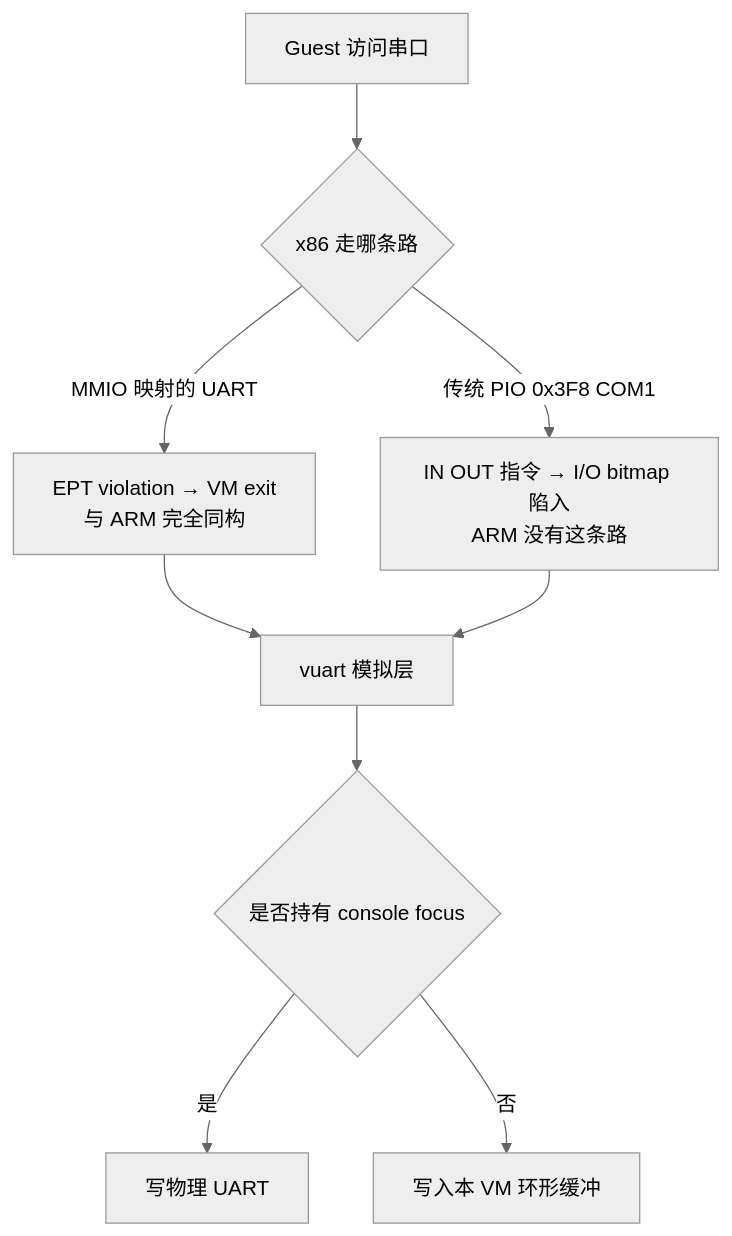
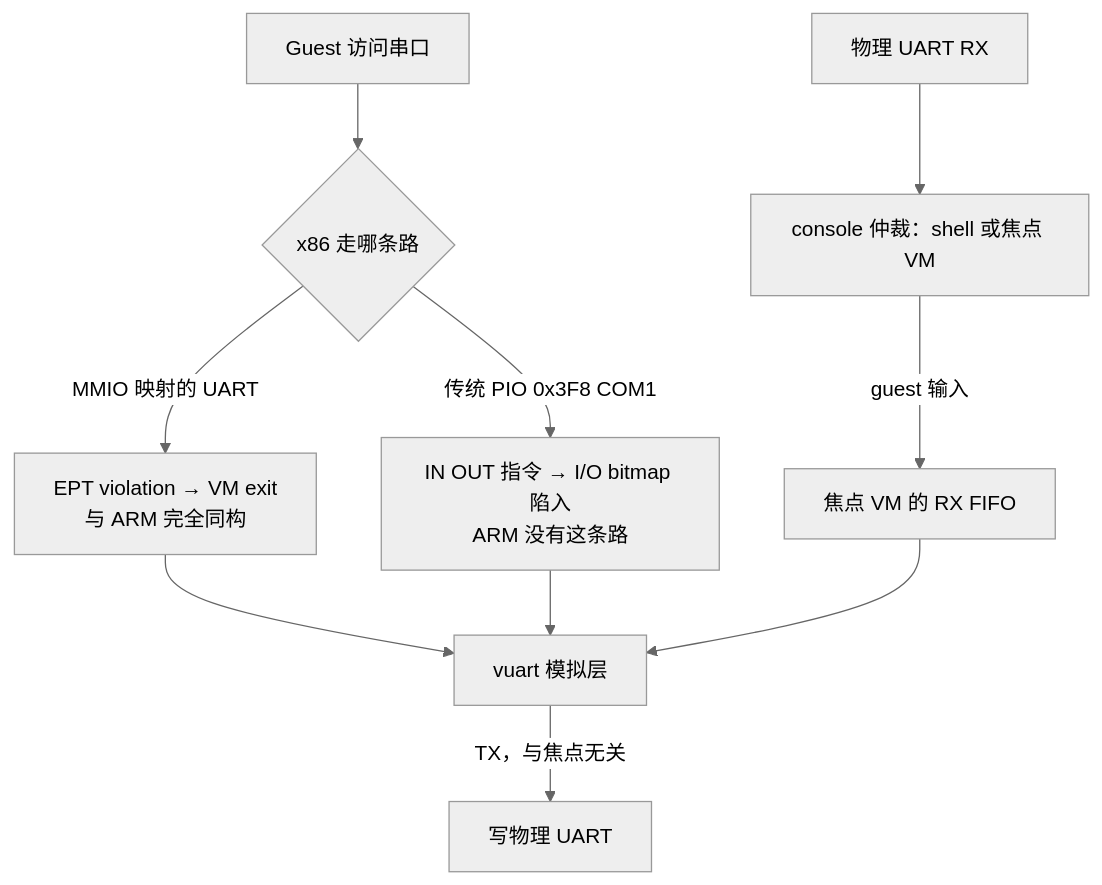
The fifth of 6 diagrams in docs/reference/x86/architecture-x86.md (James7zy/hypervisor), drawn with Mermaid (neutral theme) before and after one commit. The commit also changed other lines of this file and 14 other files, not shown here.

First line of the commit message:
[docs][docs] architecture: Refresh guidance after boundary extraction

````diff
--- a/docs/reference/x86/architecture-x86.md
+++ b/docs/reference/x86/architecture-x86.md
@@ -345,11 +348,12 @@
 ```mermaid
 flowchart TD
     G["Guest 访问串口"] --> Q{"x86 走哪条路"}
     Q -->|"MMIO 映射的 UART"| M["EPT violation → VM exit<br/>与 ARM 完全同构"]
     Q -->|"传统 PIO 0x3F8 COM1"| P["IN OUT 指令 → I/O bitmap 陷入<br/>ARM 没有这条路"]
     M --> V["vuart 模拟层"]
     P --> V
-    V --> F{"是否持有 console focus"}
-    F -->|"是"| TX["写物理 UART"]
-    F -->|"否"| BUF["写入本 VM 环形缓冲"]
+    V -->|"TX，与焦点无关"| TX["写物理 UART"]
+    RX["物理 UART RX"] --> F["console 仲裁：shell 或焦点 VM"]
+    F -->|"guest 输入"| BUF["焦点 VM 的 RX FIFO"]
+    BUF --> V
 ```
````
